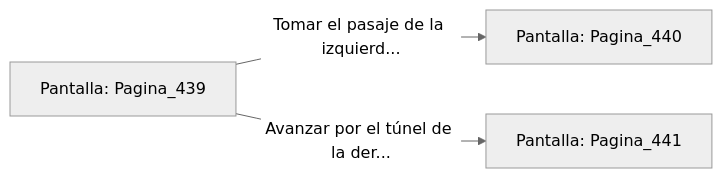
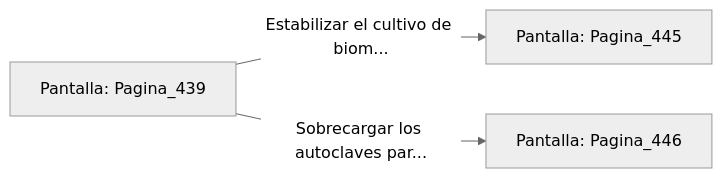
Before and after one commit to metsuke/mpl: the diagram in sample/eligejuego-vault/Pantalla_Pagina_439.md, drawn with Mermaid (neutral theme). The commit also changed other lines of this file and 635 other files, not shown here.

First line of the commit message:
fix: añadir Pagina_1 como pantalla inicial en capitulo_01.mpl

````diff
--- a/sample/eligejuego-vault/Pantalla_Pagina_439.md
+++ b/sample/eligejuego-vault/Pantalla_Pagina_439.md
@@ -20,6 +24,6 @@
 ```mermaid
 graph LR
     P_Pagina_439["Pantalla: Pagina_439"]
-    P_Pagina_439 -->|"Tomar el pasaje de la izquierd..."| P_Pagina_440["Pantalla: Pagina_440"]
-    P_Pagina_439 -->|"Avanzar por el túnel de la der..."| P_Pagina_441["Pantalla: Pagina_441"]
+    P_Pagina_439 -->|"Estabilizar el cultivo de biom..."| P_Pagina_445["Pantalla: Pagina_445"]
+    P_Pagina_439 -->|"Sobrecargar los autoclaves par..."| P_Pagina_446["Pantalla: Pagina_446"]
 ```
````
